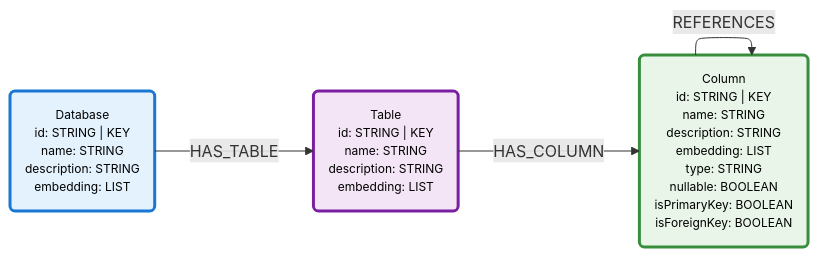
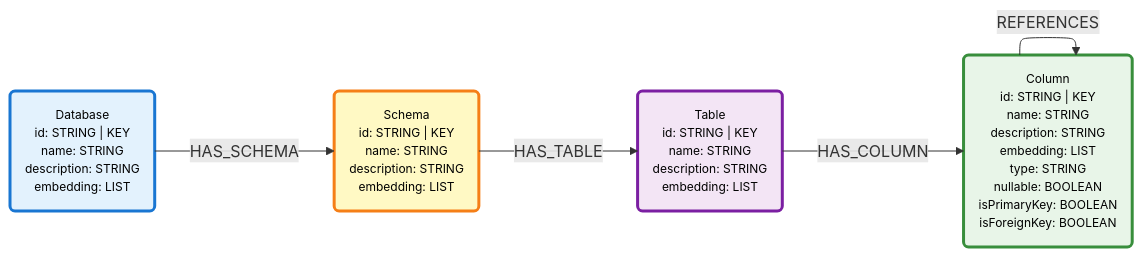
Before and after one commit to neo4j-field/neocarta: the diagram in assets/mermaid/data_model/sql-graph-data-model-core.mmd, drawn with Mermaid. The commit also changed 15 other files, not shown here.

First line of the commit message:
add Schema node (#19)

```diff
--- a/assets/mermaid/data_model/sql-graph-data-model-core.mmd
+++ b/assets/mermaid/data_model/sql-graph-data-model-core.mmd
@@ -1,25 +1,30 @@
 ---
 config:
     layout: elk
 ---
 graph LR
 %% Nodes
 Database("Database<br/>id: STRING | KEY<br/>name: STRING<br/>description: STRING<br/>embedding: LIST")
+Schema("Schema<br/>id: STRING | KEY<br/>name: STRING<br/>description: STRING<br/>embedding: LIST")
 Table("Table<br/>id: STRING | KEY<br/>name: STRING<br/>description: STRING<br/>embedding: LIST")
 Column("Column<br/>id: STRING | KEY<br/>name: STRING<br/>description: STRING<br/>embedding: LIST<br/>type: STRING<br/>nullable: BOOLEAN<br/>isPrimaryKey: BOOLEAN<br/>isForeignKey: BOOLEAN")
 
 %% Relationships
-Database -->|HAS_TABLE| Table
+Database -->|HAS_SCHEMA| Schema
+Schema -->|HAS_TABLE| Table
 Table -->|HAS_COLUMN| Column
 Column -->|REFERENCES| Column
 
 
-%% Styling 
+%% Styling
 classDef node_0_color fill:#e3f2fd,stroke:#1976d2,stroke-width:3px,color:#000,font-size:12px
 class Database node_0_color
 
-classDef node_1_color fill:#f3e5f5,stroke:#7b1fa2,stroke-width:3px,color:#000,font-size:12px
-class Table node_1_color
+classDef node_1_color fill:#fff9c4,stroke:#f57f17,stroke-width:3px,color:#000,font-size:12px
+class Schema node_1_color
 
-classDef node_2_color fill:#e8f5e8,stroke:#388e3c,stroke-width:3px,color:#000,font-size:12px
-class Column node_2_color
+classDef node_2_color fill:#f3e5f5,stroke:#7b1fa2,stroke-width:3px,color:#000,font-size:12px
+class Table node_2_color
+
+classDef node_3_color fill:#e8f5e8,stroke:#388e3c,stroke-width:3px,color:#000,font-size:12px
+class Column node_3_color
```
